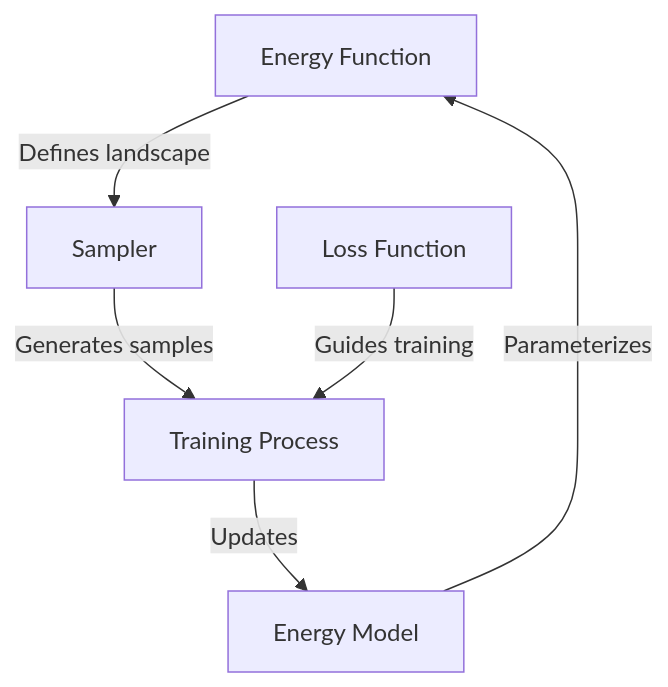
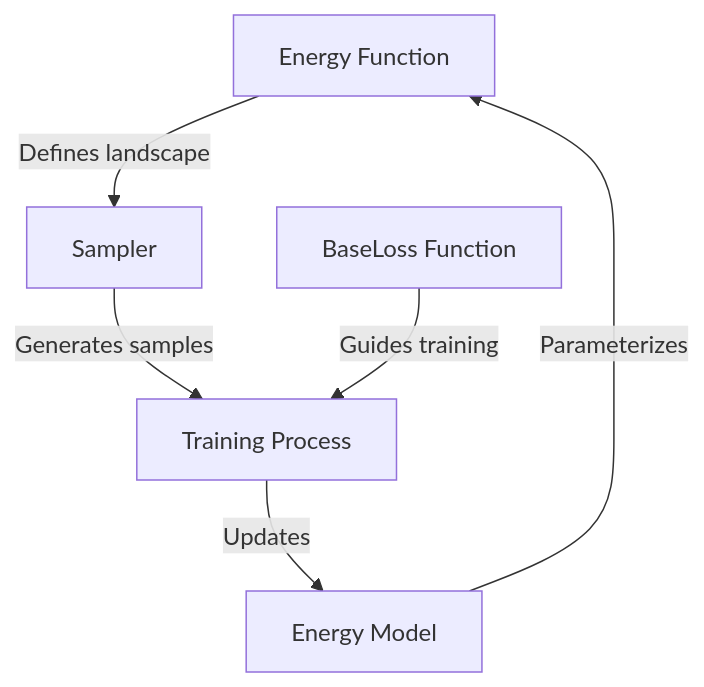
One commit to soran-ghaderi/torchebm changed the diagram in docs/developer_guide/core_components.md. Above: the diagram before and after it, drawn with Mermaid. The commit also changed other lines of this file and 61 other files, not shown here.

````diff
--- a/docs/developer_guide/core_components.md
+++ b/docs/developer_guide/core_components.md
@@ -512,8 +512,8 @@
 ```mermaid
 graph TD
     A[Energy Function] -->|Defines landscape| B[Sampler]
     B -->|Generates samples| C[Training Process]
-    D[Loss Function] -->|Guides training| C
+    D[BaseLoss Function] -->|Guides training| C
     C -->|Updates| E[Energy Model]
     E -->|Parameterizes| A
 ```
````
